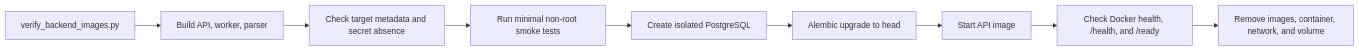
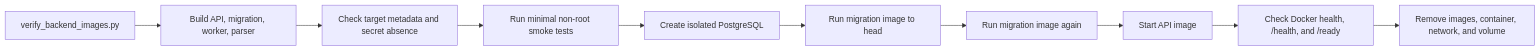
The ninth of 9 diagrams in backend/scripts/README.md (rnkraus/investment-research), drawn with Mermaid before and after one commit. The commit also changed other lines of this file and 6 other files, not shown here.

````diff
--- a/backend/scripts/README.md
+++ b/backend/scripts/README.md
@@ -245,11 +245,12 @@
 ```mermaid
 flowchart LR
-    COMMAND[verify_backend_images.py] --> BUILD[Build API, worker, parser]
+    COMMAND[verify_backend_images.py] --> BUILD[Build API, migration, worker, parser]
     BUILD --> METADATA[Check target metadata and secret absence]
     METADATA --> RUNTIME[Run minimal non-root smoke tests]
     RUNTIME --> POSTGRES[Create isolated PostgreSQL]
-    POSTGRES --> MIGRATE[Alembic upgrade to head]
-    MIGRATE --> API[Start API image]
+    POSTGRES --> MIGRATE[Run migration image to head]
+    MIGRATE --> REPEAT[Run migration image again]
+    REPEAT --> API[Start API image]
     API --> HEALTH[Check Docker health, /health, and /ready]
     HEALTH --> CLEANUP[Remove images, container, network, and volume]
 ```
````
